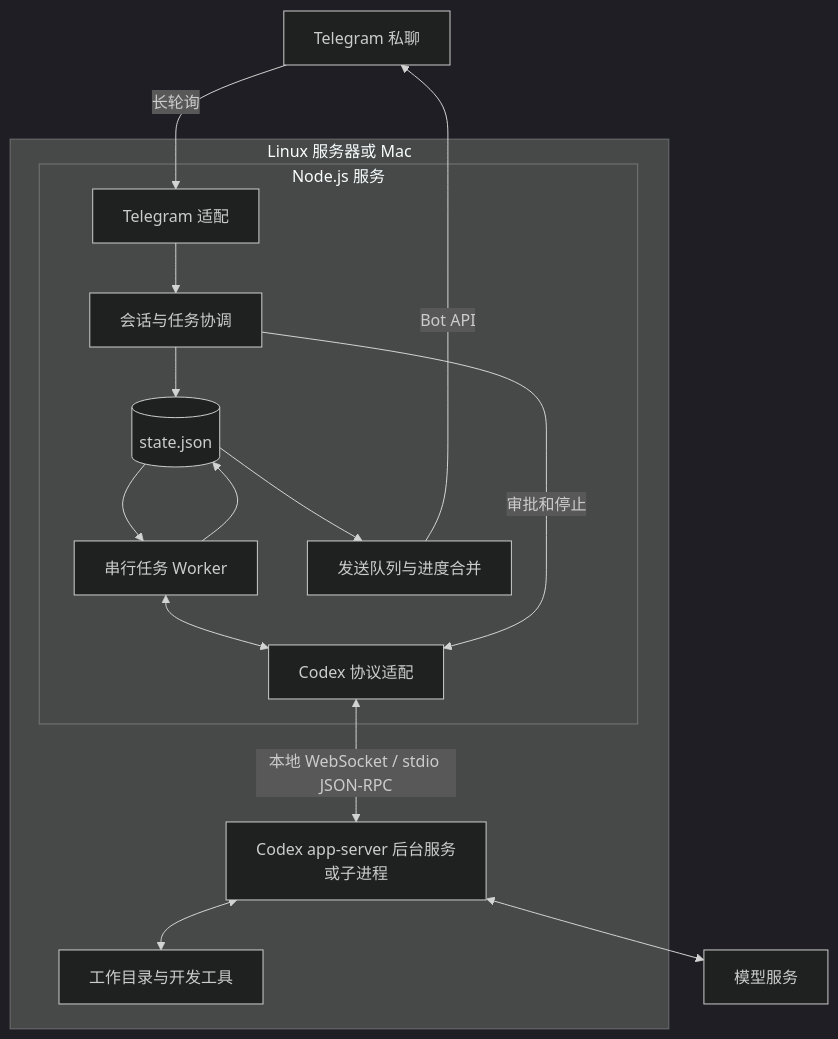
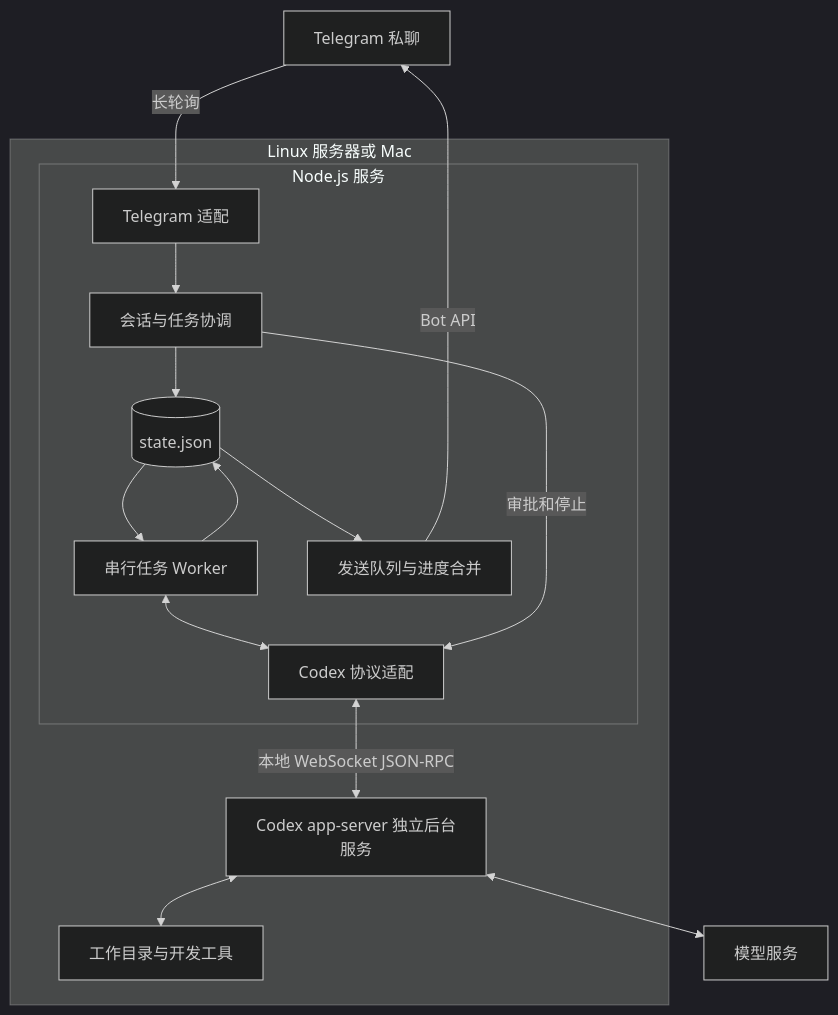
One commit to chaoyue1998/tellrun changed the first of 2 diagrams in docs/architecture.md. Above: the diagram before and after it, drawn with Mermaid (dark theme). The commit also changed other lines of this file and 11 other files, not shown here.

````diff
--- a/docs/architecture.md
+++ b/docs/architecture.md
@@ -29,28 +31,28 @@
 ```mermaid
 flowchart TB
     TG["Telegram 私聊"]
     subgraph SERVER["Linux 服务器或 Mac"]
         subgraph APP["Node.js 服务"]
             IN["Telegram 适配"]
             CORE["会话与任务协调"]
             STATE[("state.json")]
             WORKER["串行任务 Worker"]
             RPC["Codex 协议适配"]
             OUT["发送队列与进度合并"]
             IN --> CORE
             CORE --> STATE
             STATE --> WORKER
             WORKER <--> RPC
             CORE -->|"审批和停止"| RPC
             WORKER --> STATE
             STATE --> OUT
         end
-        CODEX["Codex app-server 后台服务或子进程"]
+        CODEX["Codex app-server 独立后台服务"]
         FILES["工作目录与开发工具"]
-        RPC <-->|"本地 WebSocket / stdio JSON-RPC"| CODEX
+        RPC <-->|"本地 WebSocket JSON-RPC"| CODEX
         CODEX <--> FILES
     end
     TG -->|"长轮询"| IN
     OUT -->|"Bot API"| TG
     CODEX <--> MODEL["模型服务"]
 ```
````
